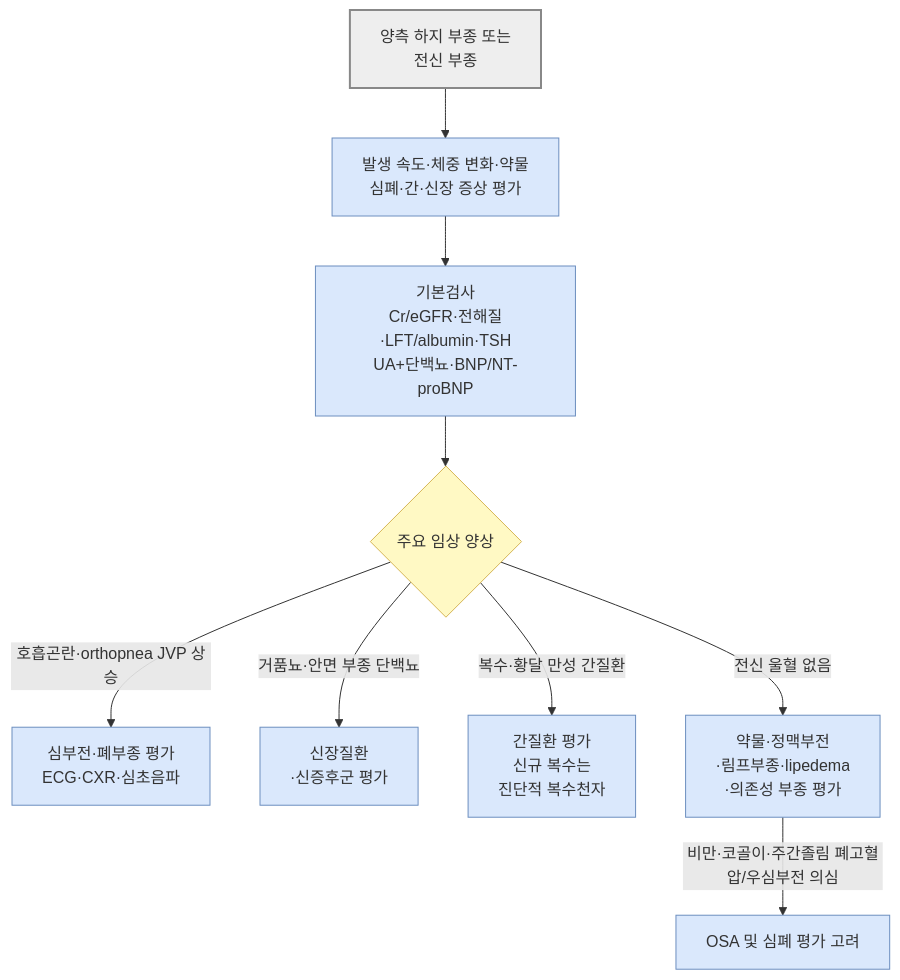
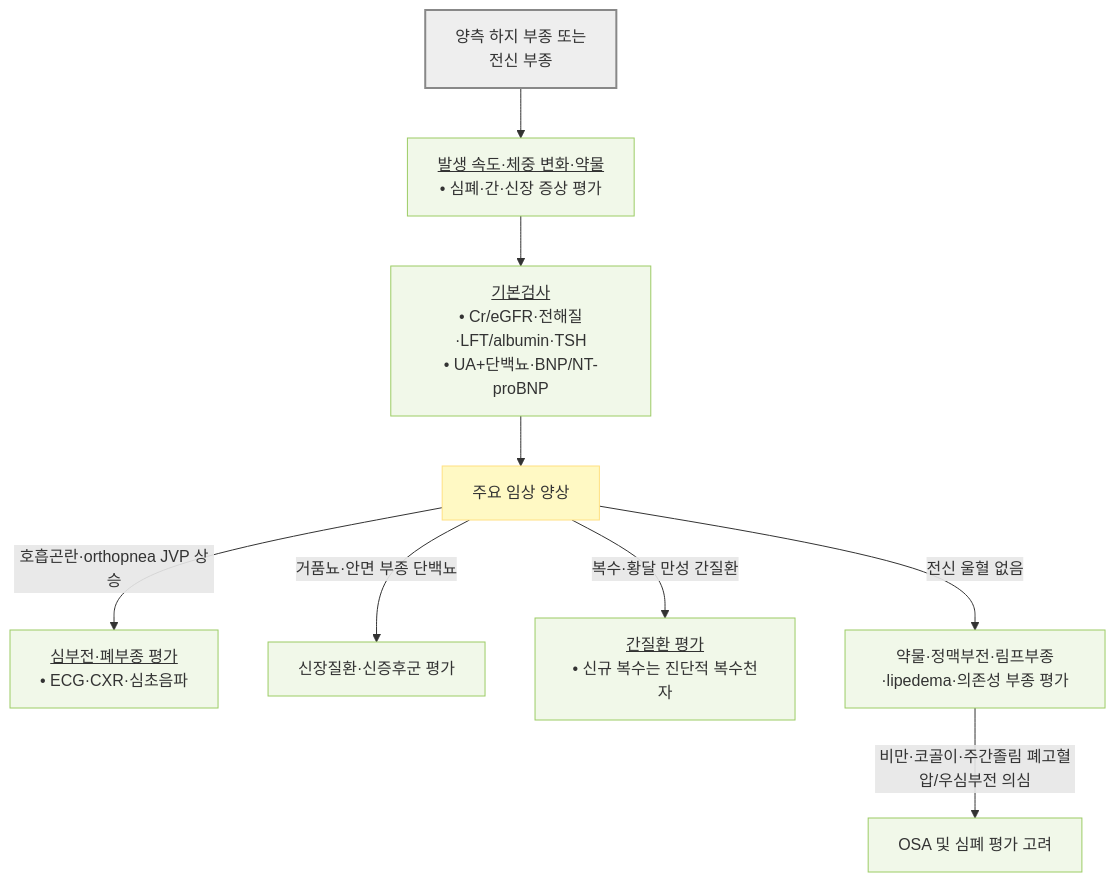
One commit to familyoh77/familyoh77 changed the third of 4 diagrams in 220_/012_-edema.md. Above: the diagram before and after it, drawn with Mermaid. The commit also changed other lines of this file and 13 other files, not shown here.

````diff
--- a/220_/012_-edema.md
+++ b/220_/012_-edema.md
@@ -290,29 +272,19 @@
 ```mermaid
 flowchart TD
-SG3["`양측 하지 부종 또는 
-전신 부종`"]
-        SG3 --> A3["`발생 속도·체중 변화·약물
-심폐·간·신장 증상 평가`"]
-        A3 --> B3["`기본검사
-Cr/eGFR·전해질
-·LFT/albumin·TSH
-UA+단백뇨·BNP/NT-proBNP`"]
-        B3 --> C3{"주요 임상 양상"}
-        C3 -- "호흡곤란·orthopnea JVP 상승" --> D3a["`심부전·폐부종 평가
-ECG·CXR·심초음파`"]
-        C3 -- "거품뇨·안면 부종 단백뇨" --> D3b["`신장질환
-·신증후군 평가`"]
-        C3 -- "복수·황달 만성 간질환" --> D3c["`간질환 평가
-신규 복수는 
-진단적 복수천자`"]
-        C3 -- "전신 울혈 없음" --> D3d["`약물·정맥부전
-·림프부종·lipedema
-·의존성 부종 평가`"]
-        D3d -- "비만·코골이·주간졸림 폐고혈압/우심부전 의심" --> E3["OSA 및 심폐 평가 고려"]
-    classDef start fill:#eee,stroke:#888,stroke-width:2px
-    classDef decision fill:#fff9c4,stroke:#d6b656
-    classDef treatment fill:#dae8fc,stroke:#6c8ebf
-    class SG3,A3,B3,C3,D3a,D3b,D3c,D3d,E3 treatment
+    SG3["양측 하지 부종 또는<br/>전신 부종"]
+    SG3 --> A3["<u>발생 속도·체중 변화·약물</u><br/>• 심폐·간·신장 증상 평가"]
+    A3 --> B3["<u>기본검사</u><br/>• Cr/eGFR·전해질·LFT/albumin·TSH<br/>• UA+단백뇨·BNP/NT-proBNP"]
+    B3 --> C3["주요 임상 양상"]
+    C3 -- "호흡곤란·orthopnea JVP 상승" --> D3a["<u>심부전·폐부종 평가</u><br/>• ECG·CXR·심초음파"]
+    C3 -- "거품뇨·안면 부종 단백뇨" --> D3b["신장질환·신증후군 평가"]
+    C3 -- "복수·황달 만성 간질환" --> D3c["<u>간질환 평가</u><br/>• 신규 복수는 진단적 복수천자"]
+    C3 -- "전신 울혈 없음" --> D3d["약물·정맥부전·림프부종·lipedema·의존성 부종 평가"]
+    D3d -- "비만·코골이·주간졸림 폐고혈압/우심부전 의심" --> E3["OSA 및 심폐 평가 고려"]
+
+    classDef start fill:#eeeeee,stroke:#888888,stroke-width:2px
+    classDef question fill:#fff9c4,stroke:#ffe082
+    classDef evaluation fill:#f1f8e9,stroke:#9ccc65
     class SG3 start
-    class C3 decision
+    class C3 question
+    class A3,B3,D3a,D3b,D3c,D3d,E3 evaluation
 ```
````
